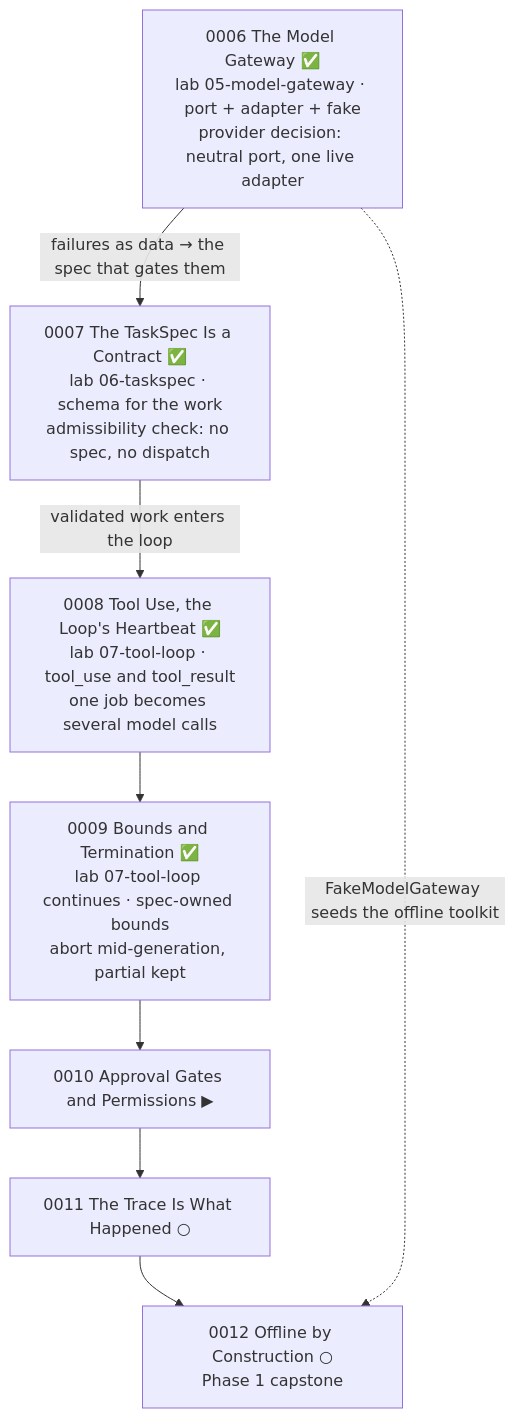
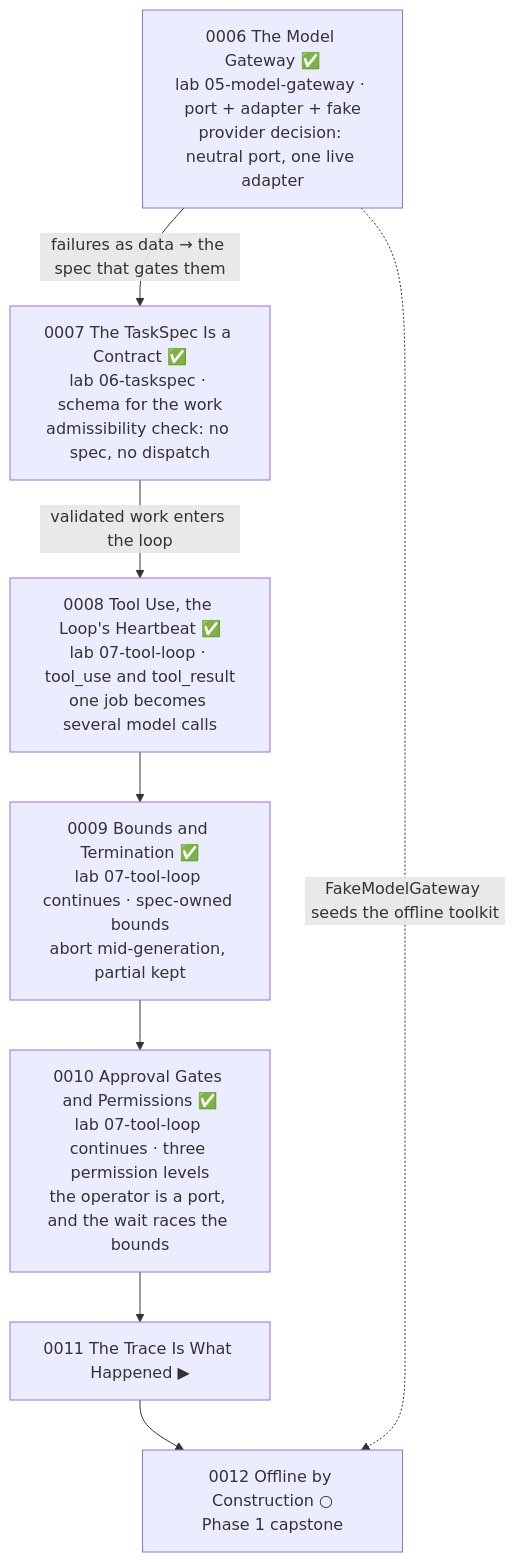
Before and after one commit to JozsefKiss90/TS: the third of 4 diagrams in wiki/course/course-module-graph.md, drawn with Mermaid. The commit also changed other lines of this file and 17 other files, not shown here.

````diff
--- a/wiki/course/course-module-graph.md
+++ b/wiki/course/course-module-graph.md
@@ -54,14 +54,14 @@
 ```mermaid
 flowchart TD
     M6["0006 The Model Gateway ✅<br/>lab 05-model-gateway · port + adapter + fake<br/>provider decision: neutral port, one live adapter"]
     M7["0007 The TaskSpec Is a Contract ✅<br/>lab 06-taskspec · schema for the work<br/>admissibility check: no spec, no dispatch"]
     M8["0008 Tool Use, the Loop's Heartbeat ✅<br/>lab 07-tool-loop · tool_use and tool_result<br/>one job becomes several model calls"]
     M9["0009 Bounds and Termination ✅<br/>lab 07-tool-loop continues · spec-owned bounds<br/>abort mid-generation, partial kept"]
-    M10["0010 Approval Gates and Permissions ▶"]
-    M11["0011 The Trace Is What Happened ○"]
+    M10["0010 Approval Gates and Permissions ✅<br/>lab 07-tool-loop continues · three permission levels<br/>the operator is a port, and the wait races the bounds"]
+    M11["0011 The Trace Is What Happened ▶"]
     M12["0012 Offline by Construction ○<br/>Phase 1 capstone"]
     M6 -->|"failures as data → the spec that gates them"| M7
     M7 -->|"validated work enters the loop"| M8
     M8 --> M9 --> M10 --> M11 --> M12
     M6 -.->|"FakeModelGateway seeds the offline toolkit"| M12
 ```
````
